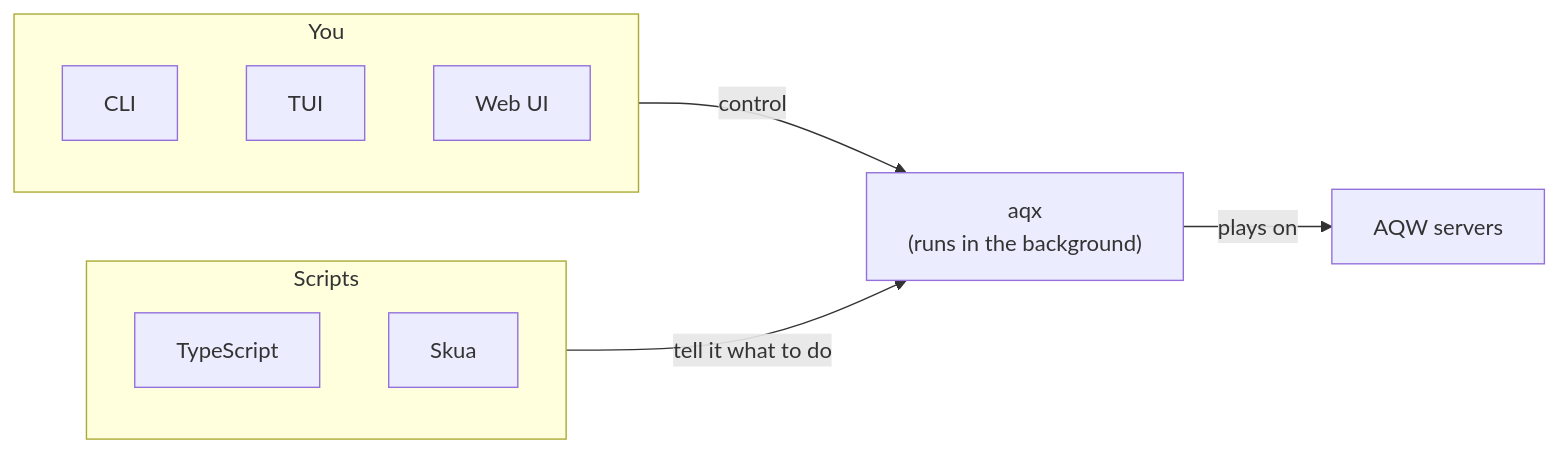
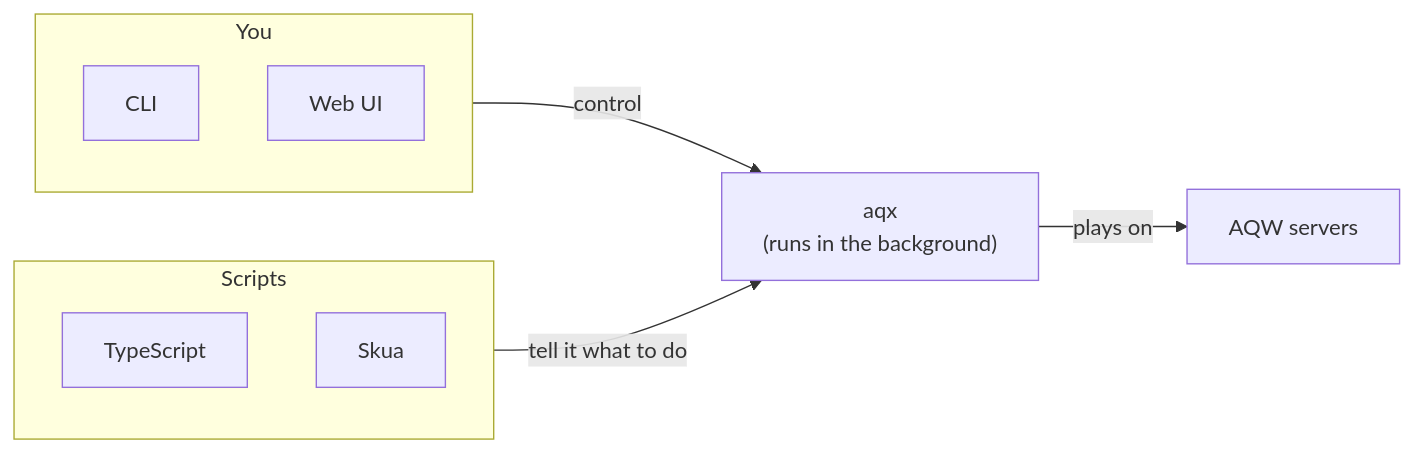
The diagram in README.md (toommyliu/aqx), drawn with Mermaid before and after one commit. The commit also changed other lines of this file and 28 other files, not shown here.

````diff
--- a/README.md
+++ b/README.md
@@ -39,15 +43,14 @@
 ```mermaid
 flowchart LR
     subgraph ui[You]
         cli[CLI]
-        tui[TUI]
         web[Web UI]
     end
     subgraph scripts[Scripts]
         ts[TypeScript]
         skua[Skua]
     end
     ui -->|control| aqx["aqx<br/>(runs in the background)"]
     scripts -->|tell it what to do| aqx
     aqx -->|plays on| server[AQW servers]
 ```
````
